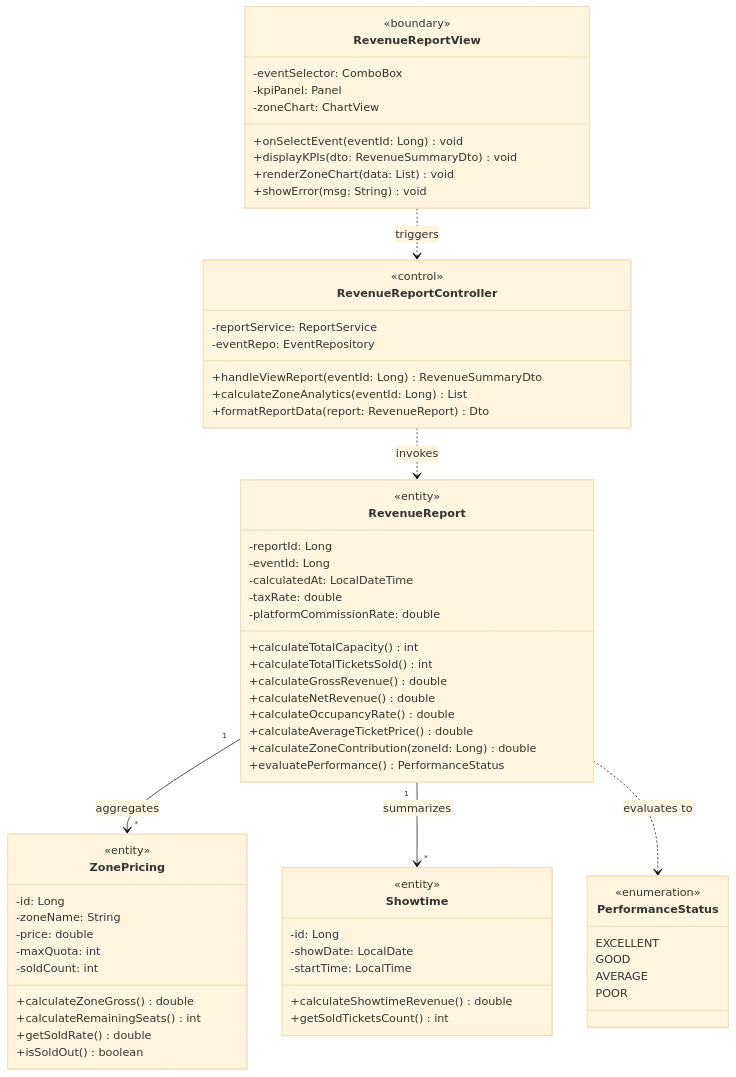
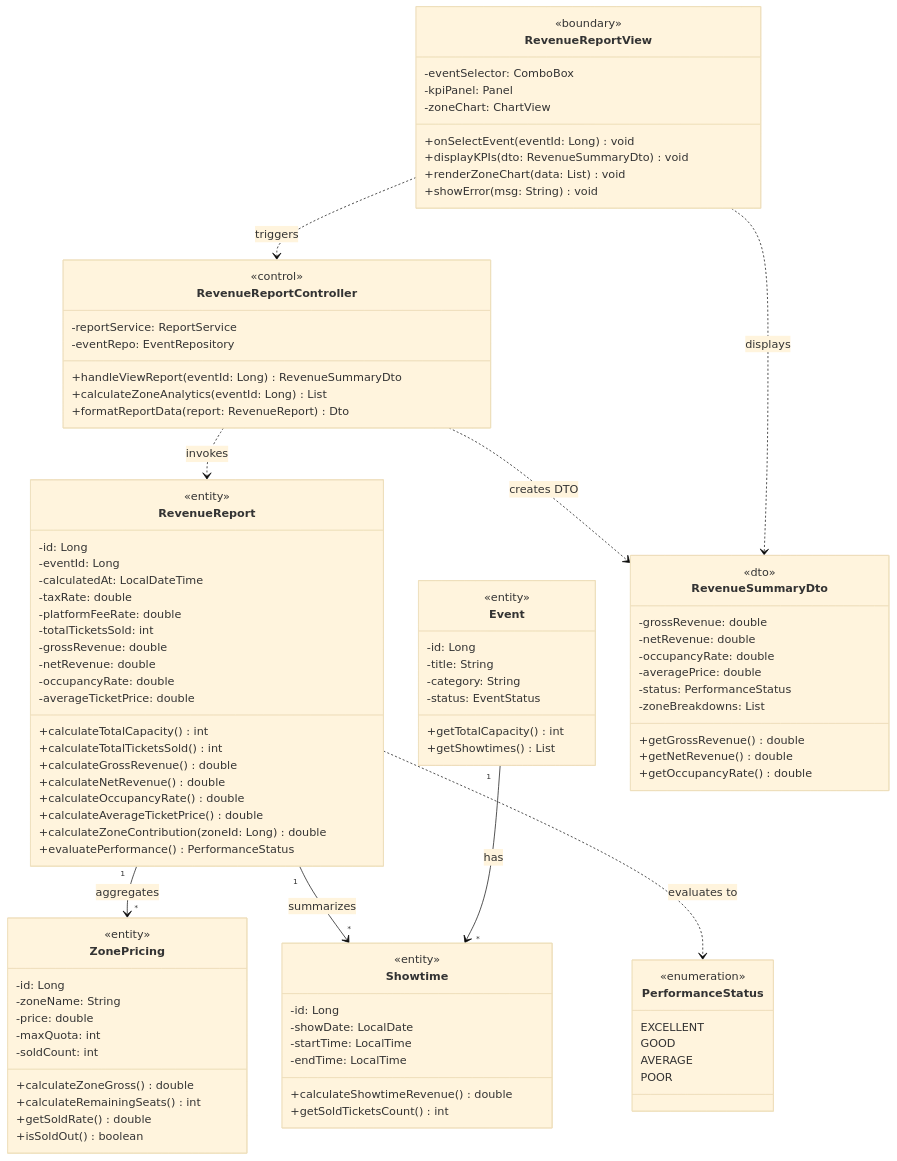
Before and after one commit to dragonite2631/PTTK: diagram 11 of 11 in BaoCao_KiemTra_PTTKHTTT.md, drawn with Mermaid (base theme). The commit also changed other lines of this file and 5 other files, not shown here.

````diff
--- a/BaoCao_KiemTra_PTTKHTTT.md
+++ b/BaoCao_KiemTra_PTTKHTTT.md
@@ -740,11 +742,16 @@
 
     class RevenueReport {
         <<entity>>
-        -reportId: Long
+        -id: Long
         -eventId: Long
         -calculatedAt: LocalDateTime
         -taxRate: double
-        -platformCommissionRate: double
+        -platformFeeRate: double
+        -totalTicketsSold: int
+        -grossRevenue: double
+        -netRevenue: double
+        -occupancyRate: double
+        -averageTicketPrice: double
         +calculateTotalCapacity() int
         +calculateTotalTicketsSold() int
         +calculateGrossRevenue() double
@@ -773,8 +780,32 @@
         -id: Long
         -showDate: LocalDate
         -startTime: LocalTime
+        -endTime: LocalTime
         +calculateShowtimeRevenue() double
         +getSoldTicketsCount() int
+    }
+
+    class Event {
+        <<entity>>
+        -id: Long
+        -title: String
+        -category: String
+        -status: EventStatus
+        +getTotalCapacity() int
+        +getShowtimes() List
+    }
+
+    class RevenueSummaryDto {
+        <<dto>>
+        -grossRevenue: double
+        -netRevenue: double
+        -occupancyRate: double
+        -averagePrice: double
+        -status: PerformanceStatus
+        -zoneBreakdowns: List
+        +getGrossRevenue() double
+        +getNetRevenue() double
+        +getOccupancyRate() double
     }
 
     class PerformanceStatus {
@@ -787,7 +818,10 @@
 
     RevenueReportView ..> RevenueReportController : triggers
     RevenueReportController ..> RevenueReport : invokes
+    RevenueReportController ..> RevenueSummaryDto : creates DTO
+    RevenueSummaryDto <.. RevenueReportView : displays
     RevenueReport "1" --> "*" ZonePricing : aggregates
     RevenueReport "1" --> "*" Showtime : summarizes
+    Event "1" --> "*" Showtime : has
     RevenueReport ..> PerformanceStatus : evaluates to
 ```
````
